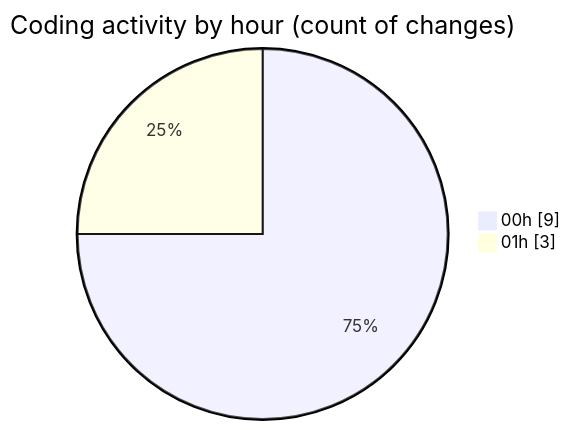
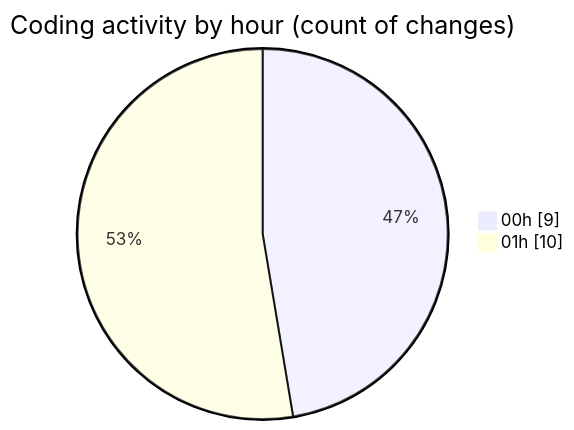
One commit to julien-gomy/code-tracking changed the second of 2 diagrams in 2025-11-18/eventscop-frontend-guide__workspace_/README.md. Above: the diagram before and after it, drawn with Mermaid. The commit also changed other lines of this file and 1 other file, not shown here.

````diff
--- a/2025-11-18/eventscop-frontend-guide__workspace_/README.md
+++ b/2025-11-18/eventscop-frontend-guide__workspace_/README.md
@@ -29,6 +29,6 @@
 ```mermaid
 pie showData
 title Coding activity by hour (count of changes)
 "00h" : 9
-"01h" : 3
+"01h" : 10
 ```
````
